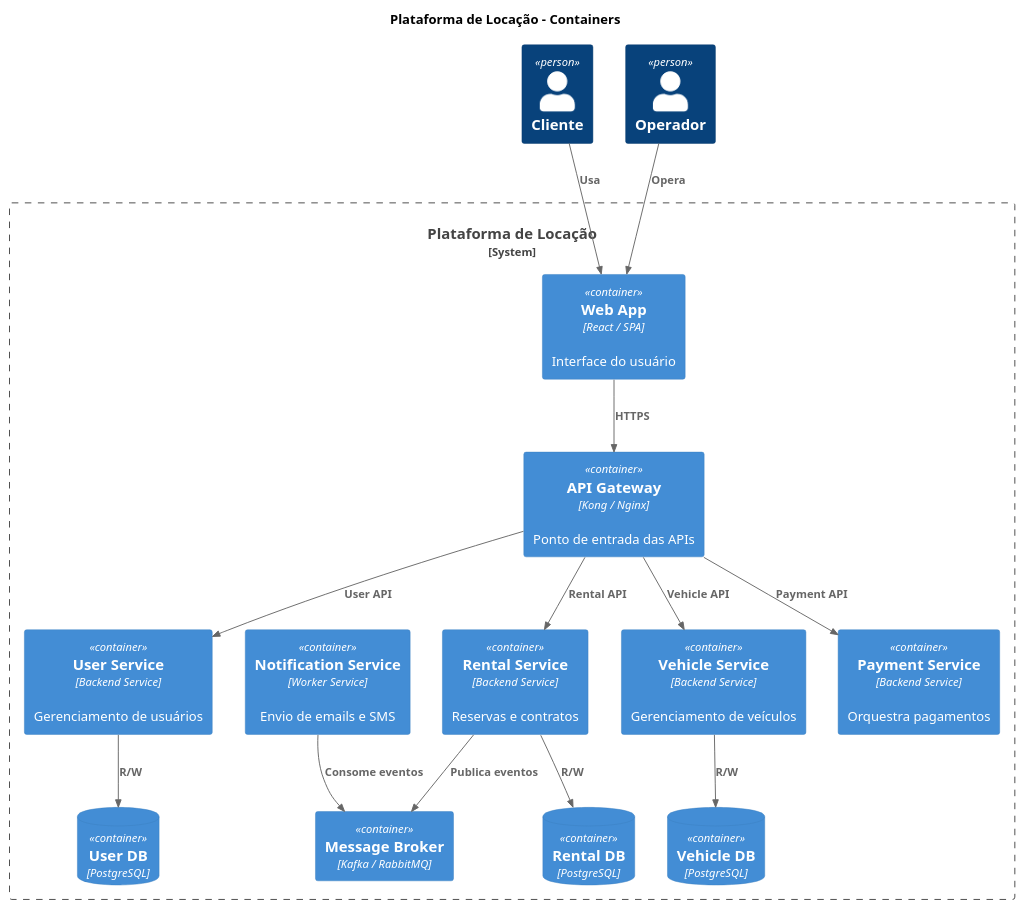
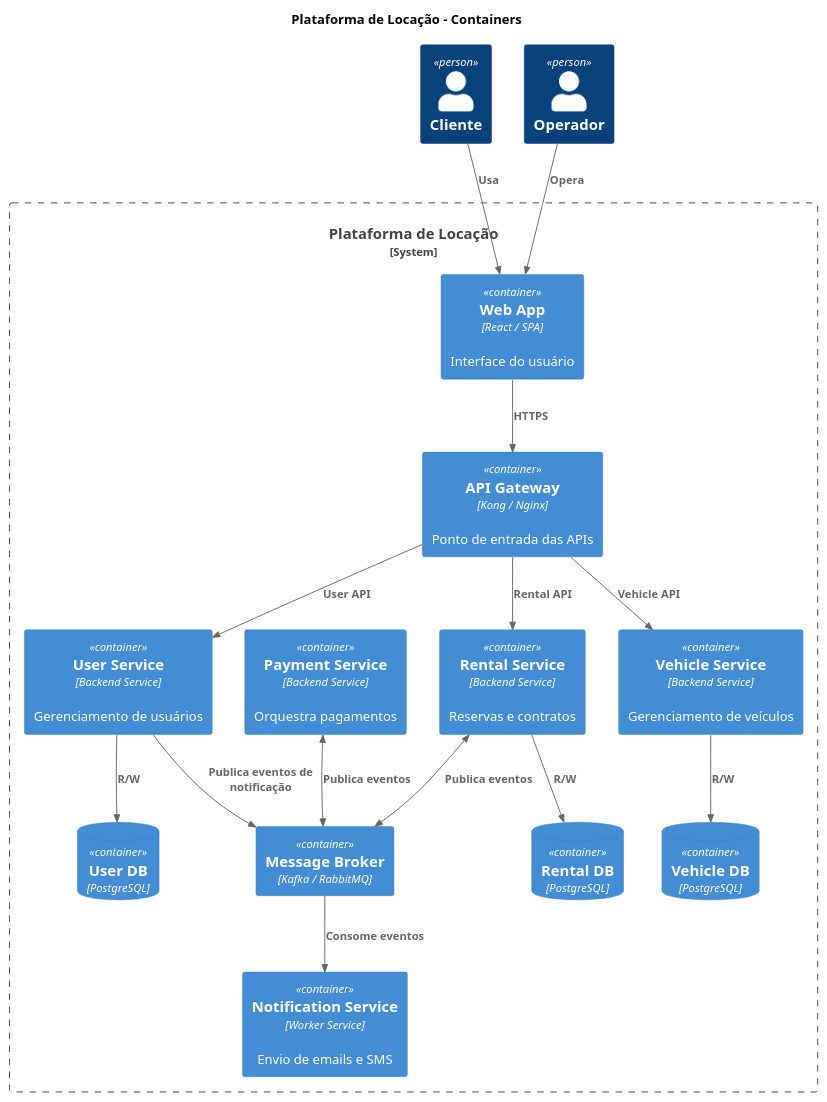
The diagram in conteiner-level-2.plantuml (G4BR-13-L/c4-model-arquitetura-multiplataforma), drawn with PlantUML before and after one commit. The commit also changed 1 other file, not shown here.

Commit message:
Ajustes nos diagramas 2 e 3

```diff
--- a/conteiner-level-2.plantuml
+++ b/conteiner-level-2.plantuml
@@ -1,49 +1,50 @@
 @startuml
 !include https://raw.githubusercontent.com/plantuml-stdlib/C4-PlantUML/master/C4_Container.puml
 
 title Plataforma de Locação - Containers
 
 Person(customer, "Cliente")
 Person(operador, "Operador")
 
 System_Boundary(system, "Plataforma de Locação") {
 
     Container(web_app, "Web App", "React / SPA", "Interface do usuário")
 
     Container(api_gateway, "API Gateway", "Kong / Nginx", "Ponto de entrada das APIs")
 
     Container(user_service, "User Service", "Backend Service", "Gerenciamento de usuários")
 
     Container(vehicle_service, "Vehicle Service", "Backend Service", "Gerenciamento de veículos")
 
     Container(rental_service, "Rental Service", "Backend Service", "Reservas e contratos")
 
     Container(payment_service, "Payment Service", "Backend Service", "Orquestra pagamentos")
 
     Container(notification_service, "Notification Service", "Worker Service", "Envio de emails e SMS")
 
     ContainerDb(user_db, "User DB", "PostgreSQL")
     ContainerDb(vehicle_db, "Vehicle DB", "PostgreSQL")
     ContainerDb(rental_db, "Rental DB", "PostgreSQL")
     
     Container(message_broker, "Message Broker", "Kafka / RabbitMQ")
 }
 
 Rel(customer, web_app, "Usa")
 Rel(operador, web_app, "Opera")
 
 Rel(web_app, api_gateway, "HTTPS")
 
 Rel(api_gateway, user_service, "User API")
 Rel(api_gateway, vehicle_service, "Vehicle API")
 Rel(api_gateway, rental_service, "Rental API")
-Rel(api_gateway, payment_service, "Payment API")
 
 Rel(user_service, user_db, "R/W")
 Rel(vehicle_service, vehicle_db, "R/W")
 Rel(rental_service, rental_db, "R/W")
 
-Rel(rental_service, message_broker, "Publica eventos")
-Rel(notification_service, message_broker, "Consome eventos")
+Rel(user_service, message_broker, "Publica eventos de notificação")
+BiRel(rental_service, message_broker, "Publica eventos")
+BiRel(payment_service, message_broker, "Publica eventos")
+Rel( message_broker, notification_service, "Consome eventos")
 
 @enduml
```
